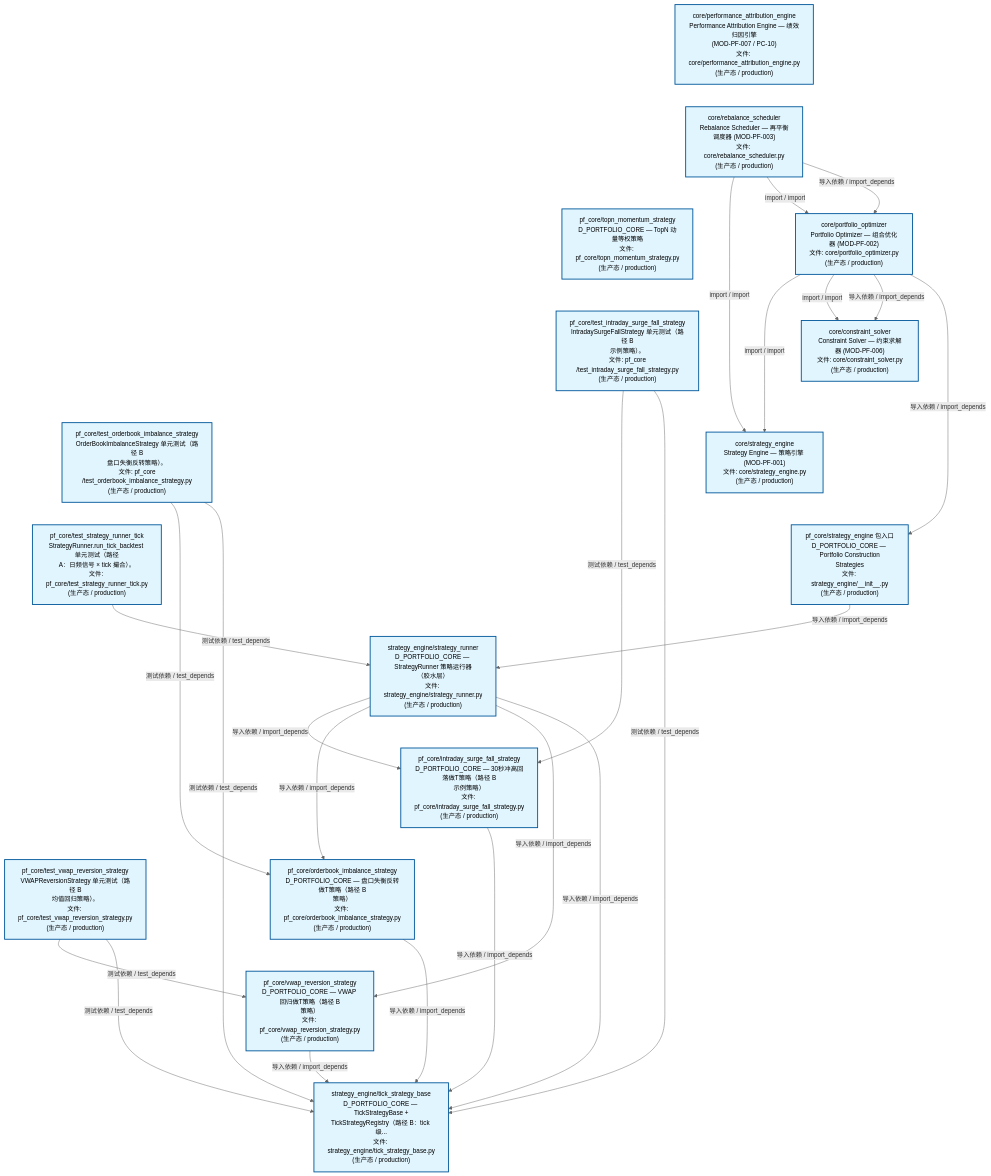
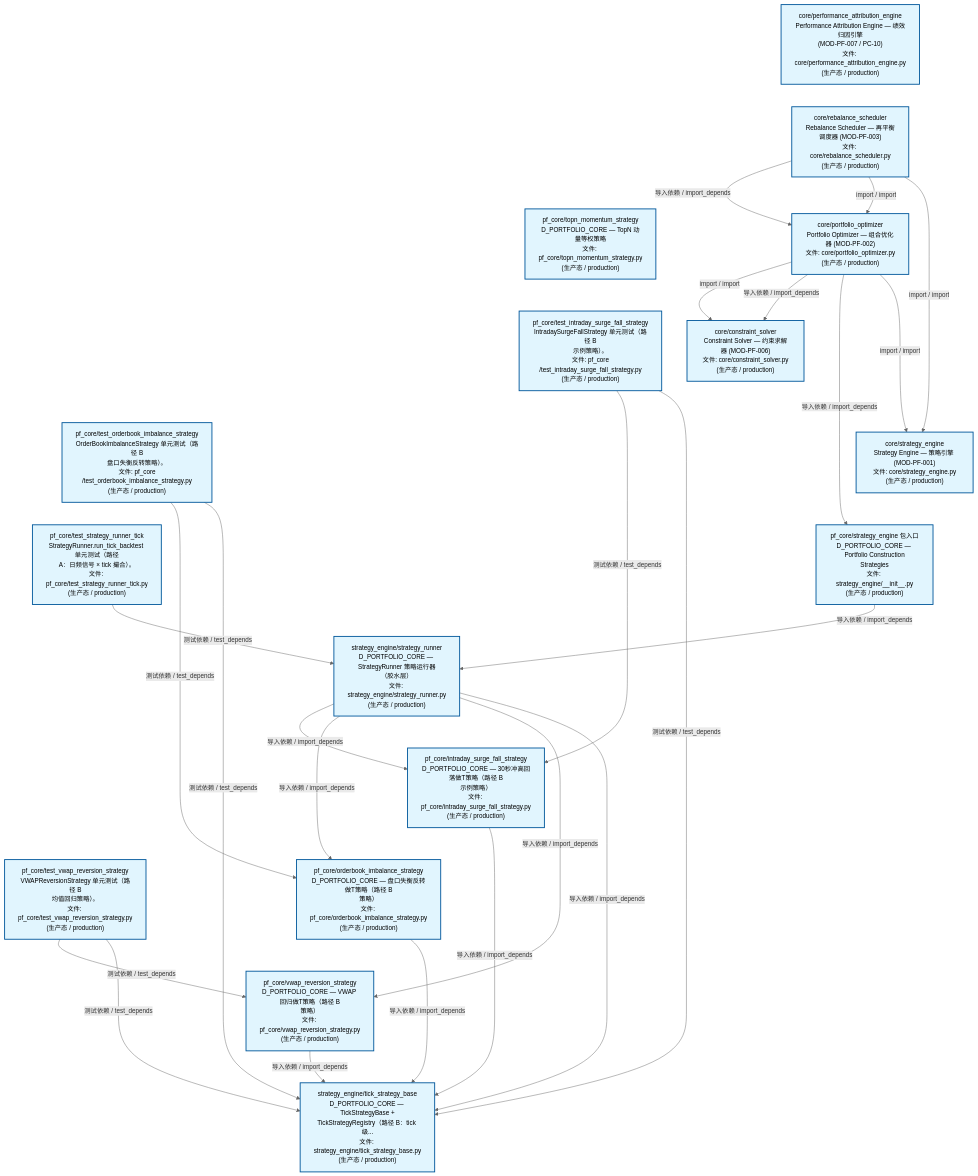
The second of 3 diagrams in docs/02_enterprise_architecture/02_domain_architecture_docs/63_d_pf_core.md (xuanFelixVan/ZephyrAlpha), drawn with Mermaid before and after one commit. The commit also changed other lines of this file and 49 other files, not shown here.

````diff
--- a/docs/02_enterprise_architecture/02_domain_architecture_docs/63_d_pf_core.md
+++ b/docs/02_enterprise_architecture/02_domain_architecture_docs/63_d_pf_core.md
@@ -139,57 +139,57 @@
 ```mermaid
 %%{init: {'theme': 'base', 'themeVariables': {'primaryColor': '#eaeaea', 'primaryTextColor': '#333333', 'primaryBorderColor': '#666666', 'lineColor': '#666666', 'secondaryColor': '#eaeaea', 'tertiaryColor': '#eaeaea', 'fontSize': '14px'}}}%%
 flowchart TD
     src_zephyr_pf_core_core_performance_attribution_engine_py["core/performance_attribution_engine<br/>Performance Attribution Engine — 绩效归因引擎<br/>(MOD-PF-007 / PC-10)<br/>文件: core/performance_attribution_engine.py<br/>(生产态 / production)"]
     src_zephyr_pf_core_core_rebalance_scheduler_py["core/rebalance_scheduler<br/>Rebalance Scheduler — 再平衡调度器 (MOD-PF-003)<br/>文件: core/rebalance_scheduler.py<br/>(生产态 / production)"]
     src_zephyr_pf_core_topn_momentum_strategy_py["pf_core/topn_momentum_strategy<br/>D_PORTFOLIO_CORE — TopN 动量等权策略<br/>文件: pf_core/topn_momentum_strategy.py<br/>(生产态 / production)"]
     tests_pf_core_test_intraday_surge_fall_strategy_py["pf_core/test_intraday_surge_fall_strategy<br/>IntradaySurgeFallStrategy 单元测试（路径 B<br/>示例策略）。<br/>文件: pf_core<br/>/test_intraday_surge_fall_strategy.py<br/>(生产态 / production)"]
     tests_pf_core_test_orderbook_imbalance_strategy_py["pf_core/test_orderbook_imbalance_strategy<br/>OrderBookImbalanceStrategy 单元测试（路径 B<br/>盘口失衡反转策略）。<br/>文件: pf_core<br/>/test_orderbook_imbalance_strategy.py<br/>(生产态 / production)"]
     tests_pf_core_test_strategy_runner_tick_py["pf_core/test_strategy_runner_tick<br/>StrategyRunner.run_tick_backtest 单元测试（路径<br/>A：日频信号 × tick 撮合）。<br/>文件: pf_core/test_strategy_runner_tick.py<br/>(生产态 / production)"]
     tests_pf_core_test_vwap_reversion_strategy_py["pf_core/test_vwap_reversion_strategy<br/>VWAPReversionStrategy 单元测试（路径 B<br/>均值回归策略）。<br/>文件: pf_core/test_vwap_reversion_strategy.py<br/>(生产态 / production)"]
     src_zephyr_pf_core_core_performance_attribution_engine_py ~~~ src_zephyr_pf_core_core_rebalance_scheduler_py
     src_zephyr_pf_core_core_rebalance_scheduler_py ~~~ src_zephyr_pf_core_topn_momentum_strategy_py
     src_zephyr_pf_core_topn_momentum_strategy_py ~~~ tests_pf_core_test_intraday_surge_fall_strategy_py
     tests_pf_core_test_intraday_surge_fall_strategy_py ~~~ tests_pf_core_test_orderbook_imbalance_strategy_py
     tests_pf_core_test_orderbook_imbalance_strategy_py ~~~ tests_pf_core_test_strategy_runner_tick_py
     tests_pf_core_test_strategy_runner_tick_py ~~~ tests_pf_core_test_vwap_reversion_strategy_py
     src_zephyr_pf_core_core_portfolio_optimizer_py["core/portfolio_optimizer<br/>Portfolio Optimizer — 组合优化器 (MOD-PF-002)<br/>文件: core/portfolio_optimizer.py<br/>(生产态 / production)"]
     src_zephyr_pf_core_core_constraint_solver_py["core/constraint_solver<br/>Constraint Solver — 约束求解器 (MOD-PF-006)<br/>文件: core/constraint_solver.py<br/>(生产态 / production)"]
     src_zephyr_pf_core_core_strategy_engine_py["core/strategy_engine<br/>Strategy Engine — 策略引擎 (MOD-PF-001)<br/>文件: core/strategy_engine.py<br/>(生产态 / production)"]
     src_zephyr_pf_core_strategy_engine_init_py["pf_core/strategy_engine 包入口<br/>D_PORTFOLIO_CORE — Portfolio Construction<br/>Strategies<br/>文件: strategy_engine/__init__.py<br/>(生产态 / production)"]
     src_zephyr_pf_core_core_constraint_solver_py ~~~ src_zephyr_pf_core_core_strategy_engine_py
     src_zephyr_pf_core_core_strategy_engine_py ~~~ src_zephyr_pf_core_strategy_engine_init_py
     src_zephyr_pf_core_strategy_engine_strategy_runner_py["strategy_engine/strategy_runner<br/>D_PORTFOLIO_CORE — StrategyRunner 策略运行器<br/>（胶水层）<br/>文件: strategy_engine/strategy_runner.py<br/>(生产态 / production)"]
     src_zephyr_pf_core_intraday_surge_fall_strategy_py["pf_core/intraday_surge_fall_strategy<br/>D_PORTFOLIO_CORE — 30秒冲高回落做T策略（路径 B<br/>示例策略）<br/>文件: pf_core/intraday_surge_fall_strategy.py<br/>(生产态 / production)"]
     src_zephyr_pf_core_orderbook_imbalance_strategy_py["pf_core/orderbook_imbalance_strategy<br/>D_PORTFOLIO_CORE — 盘口失衡反转做T策略（路径 B<br/>策略）<br/>文件: pf_core/orderbook_imbalance_strategy.py<br/>(生产态 / production)"]
     src_zephyr_pf_core_vwap_reversion_strategy_py["pf_core/vwap_reversion_strategy<br/>D_PORTFOLIO_CORE — VWAP 回归做T策略（路径 B<br/>策略）<br/>文件: pf_core/vwap_reversion_strategy.py<br/>(生产态 / production)"]
     src_zephyr_pf_core_intraday_surge_fall_strategy_py ~~~ src_zephyr_pf_core_orderbook_imbalance_strategy_py
     src_zephyr_pf_core_orderbook_imbalance_strategy_py ~~~ src_zephyr_pf_core_vwap_reversion_strategy_py
     src_zephyr_pf_core_strategy_engine_tick_strategy_base_py["strategy_engine/tick_strategy_base<br/>D_PORTFOLIO_CORE — TickStrategyBase +<br/>TickStrategyRegistry（路径 B：tick 级...<br/>文件: strategy_engine/tick_strategy_base.py<br/>(生产态 / production)"]
     src_zephyr_pf_core_intraday_surge_fall_strategy_py -->|导入依赖 / import_depends| src_zephyr_pf_core_strategy_engine_tick_strategy_base_py
     src_zephyr_pf_core_orderbook_imbalance_strategy_py -->|导入依赖 / import_depends| src_zephyr_pf_core_strategy_engine_tick_strategy_base_py
     src_zephyr_pf_core_vwap_reversion_strategy_py -->|导入依赖 / import_depends| src_zephyr_pf_core_strategy_engine_tick_strategy_base_py
+    src_zephyr_pf_core_core_rebalance_scheduler_py -->|导入依赖 / import_depends| src_zephyr_pf_core_core_portfolio_optimizer_py
+    src_zephyr_pf_core_core_rebalance_scheduler_py -->|import / import| src_zephyr_pf_core_core_portfolio_optimizer_py
     src_zephyr_pf_core_core_rebalance_scheduler_py -->|import / import| src_zephyr_pf_core_core_strategy_engine_py
-    src_zephyr_pf_core_core_rebalance_scheduler_py -->|import / import| src_zephyr_pf_core_core_portfolio_optimizer_py
-    src_zephyr_pf_core_core_rebalance_scheduler_py -->|导入依赖 / import_depends| src_zephyr_pf_core_core_portfolio_optimizer_py
-    src_zephyr_pf_core_core_portfolio_optimizer_py -->|import / import| src_zephyr_pf_core_core_strategy_engine_py
     src_zephyr_pf_core_core_portfolio_optimizer_py -->|import / import| src_zephyr_pf_core_core_constraint_solver_py
     src_zephyr_pf_core_core_portfolio_optimizer_py -->|导入依赖 / import_depends| src_zephyr_pf_core_core_constraint_solver_py
     src_zephyr_pf_core_core_portfolio_optimizer_py -->|导入依赖 / import_depends| src_zephyr_pf_core_strategy_engine_init_py
+    src_zephyr_pf_core_core_portfolio_optimizer_py -->|import / import| src_zephyr_pf_core_core_strategy_engine_py
+    src_zephyr_pf_core_strategy_engine_init_py -->|导入依赖 / import_depends| src_zephyr_pf_core_strategy_engine_strategy_runner_py
     src_zephyr_pf_core_strategy_engine_strategy_runner_py -->|导入依赖 / import_depends| src_zephyr_pf_core_intraday_surge_fall_strategy_py
     src_zephyr_pf_core_strategy_engine_strategy_runner_py -->|导入依赖 / import_depends| src_zephyr_pf_core_orderbook_imbalance_strategy_py
     src_zephyr_pf_core_strategy_engine_strategy_runner_py -->|导入依赖 / import_depends| src_zephyr_pf_core_vwap_reversion_strategy_py
     src_zephyr_pf_core_strategy_engine_strategy_runner_py -->|导入依赖 / import_depends| src_zephyr_pf_core_strategy_engine_tick_strategy_base_py
-    src_zephyr_pf_core_strategy_engine_init_py -->|导入依赖 / import_depends| src_zephyr_pf_core_strategy_engine_strategy_runner_py
+    tests_pf_core_test_intraday_surge_fall_strategy_py -->|测试依赖 / test_depends| src_zephyr_pf_core_intraday_surge_fall_strategy_py
+    tests_pf_core_test_intraday_surge_fall_strategy_py -->|测试依赖 / test_depends| src_zephyr_pf_core_strategy_engine_tick_strategy_base_py
     tests_pf_core_test_orderbook_imbalance_strategy_py -->|测试依赖 / test_depends| src_zephyr_pf_core_orderbook_imbalance_strategy_py
     tests_pf_core_test_orderbook_imbalance_strategy_py -->|测试依赖 / test_depends| src_zephyr_pf_core_strategy_engine_tick_strategy_base_py
-    tests_pf_core_test_intraday_surge_fall_strategy_py -->|测试依赖 / test_depends| src_zephyr_pf_core_intraday_surge_fall_strategy_py
-    tests_pf_core_test_intraday_surge_fall_strategy_py -->|测试依赖 / test_depends| src_zephyr_pf_core_strategy_engine_tick_strategy_base_py
     tests_pf_core_test_strategy_runner_tick_py -->|测试依赖 / test_depends| src_zephyr_pf_core_strategy_engine_strategy_runner_py
     tests_pf_core_test_vwap_reversion_strategy_py -->|测试依赖 / test_depends| src_zephyr_pf_core_vwap_reversion_strategy_py
     tests_pf_core_test_vwap_reversion_strategy_py -->|测试依赖 / test_depends| src_zephyr_pf_core_strategy_engine_tick_strategy_base_py
     classDef production fill:#e1f5fe,stroke:#01579b,stroke-width:2px,color:#000
     classDef design fill:#fff3e0,stroke:#e65100,stroke-width:2px,color:#000,stroke-dasharray: 5 5
     classDef external_prod fill:#e8f4fd,stroke:#0277bd,stroke-width:1px,color:#000
     classDef external_design fill:#fff8e7,stroke:#ef6c00,stroke-width:1px,color:#000,stroke-dasharray: 5 5
     class src_zephyr_pf_core_core_constraint_solver_py,src_zephyr_pf_core_core_performance_attribution_engine_py,src_zephyr_pf_core_core_portfolio_optimizer_py,src_zephyr_pf_core_core_rebalance_scheduler_py,src_zephyr_pf_core_core_strategy_engine_py,src_zephyr_pf_core_intraday_surge_fall_strategy_py,src_zephyr_pf_core_orderbook_imbalance_strategy_py,src_zephyr_pf_core_strategy_engine_init_py,src_zephyr_pf_core_strategy_engine_strategy_runner_py,src_zephyr_pf_core_strategy_engine_tick_strategy_base_py,src_zephyr_pf_core_topn_momentum_strategy_py,src_zephyr_pf_core_vwap_reversion_strategy_py,tests_pf_core_test_intraday_surge_fall_strategy_py,tests_pf_core_test_orderbook_imbalance_strategy_py,tests_pf_core_test_strategy_runner_tick_py,tests_pf_core_test_vwap_reversion_strategy_py production
 ```
````
